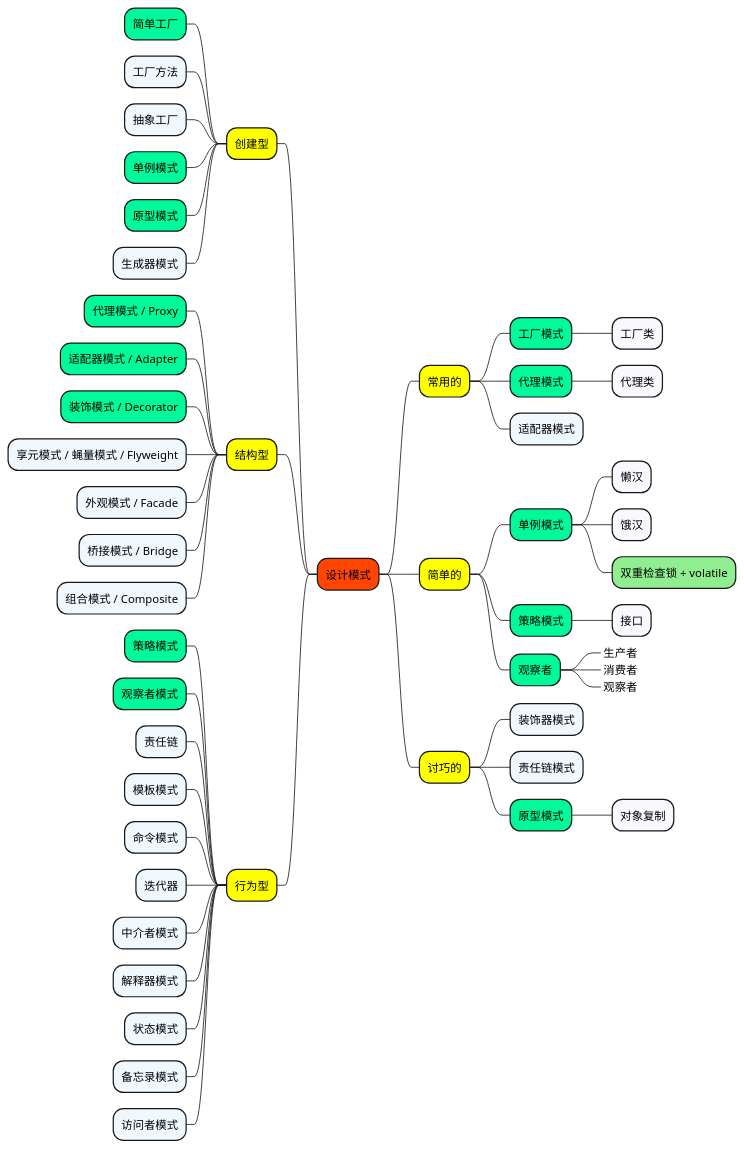
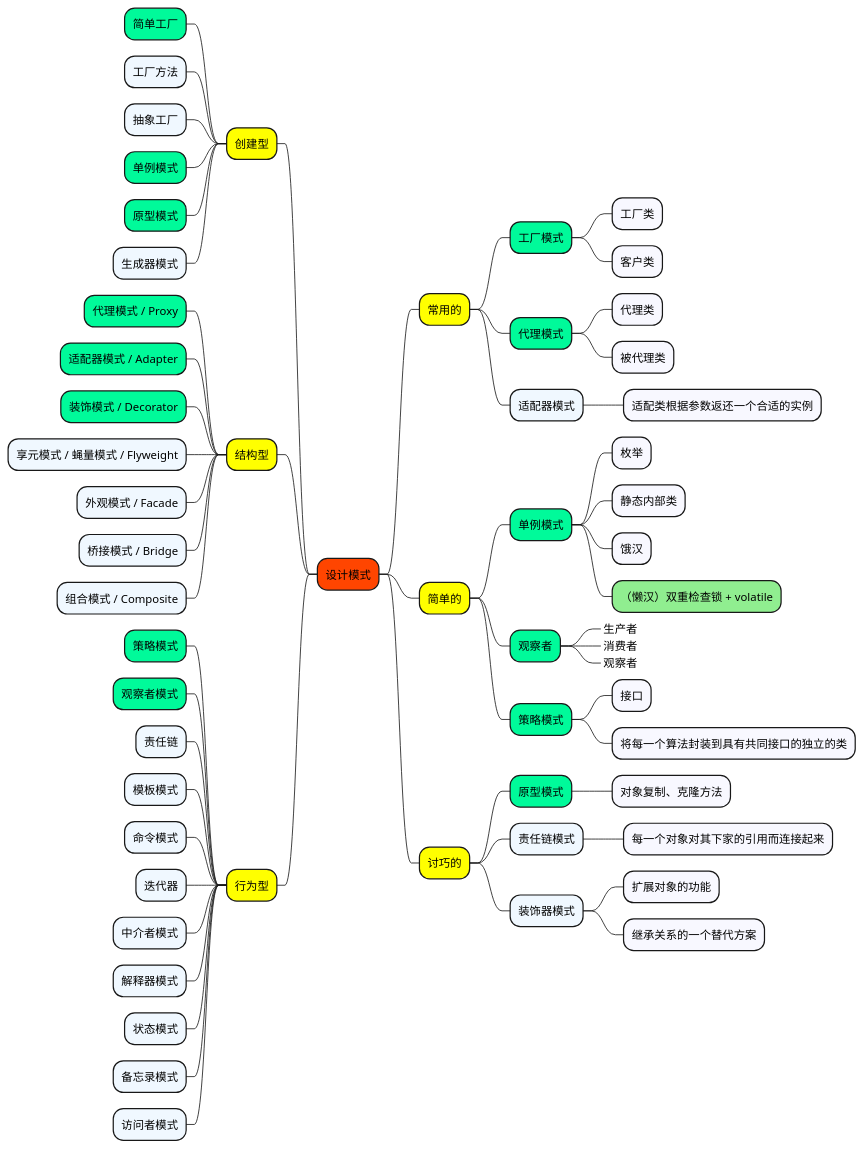
The diagram in 1_map/architecture/DesignPattern_设计模式.puml (doveg/self-cultivation-of-a-software-engineer), drawn with PlantUML before and after one commit. The commit also changed 7 other files, not shown here.

```diff
--- a/1_map/architecture/DesignPattern_设计模式.puml
+++ b/1_map/architecture/DesignPattern_设计模式.puml
@@ -1,75 +1,84 @@
 @startmindmap
 
 +[#OrangeRed] 设计模式
 
 ++[#yellow] 常用的
 
 +++[#MediumSpringGreen] 工厂模式
 ++++[#GhostWhite] 工厂类
+++++[#GhostWhite] 客户类
 
 +++[#MediumSpringGreen] 代理模式
 ++++[#GhostWhite] 代理类
+++++[#GhostWhite] 被代理类
+
 +++[#AliceBlue] 适配器模式
-
+++++[#GhostWhite] 适配类根据参数返还一个合适的实例
 
 ++[#yellow] 简单的
 
 +++[#MediumSpringGreen] 单例模式
-++++[#GhostWhite] 懒汉
+++++[#GhostWhite] 枚举
+++++[#GhostWhite] 静态内部类
 ++++[#GhostWhite] 饿汉
-++++[#LightGreen] 双重检查锁 + volatile
-
-+++[#MediumSpringGreen] 策略模式
-++++[#GhostWhite] 接口
+++++[#LightGreen] （懒汉）双重检查锁 + volatile
 
 +++[#MediumSpringGreen] 观察者
 ++++[#GhostWhite]_ 生产者
 ++++[#GhostWhite]_ 消费者
 ++++[#GhostWhite]_ 观察者
 
++++[#MediumSpringGreen] 策略模式
+++++[#GhostWhite] 接口
+++++[#GhostWhite] 将每一个算法封装到具有共同接口的独立的类
 
 ++[#yellow] 讨巧的
 
++++[#MediumSpringGreen] 原型模式
+++++[#GhostWhite] 对象复制、克隆方法
+
++++[#AliceBlue] 责任链模式
+++++[#GhostWhite] 每一个对象对其下家的引用而连接起来
+
 +++[#AliceBlue] 装饰器模式
-+++[#AliceBlue] 责任链模式
-+++[#MediumSpringGreen] 原型模式
-++++[#GhostWhite] 对象复制
+++++[#GhostWhite] 扩展对象的功能
+++++[#GhostWhite] 继承关系的一个替代方案
 
 
 --[#yellow] 创建型
 
 ---[#MediumSpringGreen] 简单工厂
 ---[#AliceBlue] 工厂方法
 ---[#AliceBlue] 抽象工厂
 ---[#MediumSpringGreen] 单例模式
 ---[#MediumSpringGreen] 原型模式
 ---[#AliceBlue] 生成器模式
 
 
 --[#yellow] 结构型
 
 ---[#MediumSpringGreen] 代理模式 / Proxy
 ---[#MediumSpringGreen] 适配器模式 / Adapter
 ---[#MediumSpringGreen] 装饰模式 / Decorator
 ---[#AliceBlue] 享元模式 / 蝇量模式 / Flyweight
 ---[#AliceBlue] 外观模式 / Facade
 ---[#AliceBlue] 桥接模式 / Bridge
 ---[#AliceBlue] 组合模式 / Composite
 
 
 --[#yellow] 行为型
 
 ---[#MediumSpringGreen] 策略模式
 ---[#MediumSpringGreen] 观察者模式
 ---[#AliceBlue] 责任链
 ---[#AliceBlue] 模板模式
 ---[#AliceBlue] 命令模式
 ---[#AliceBlue] 迭代器
 ---[#AliceBlue] 中介者模式
 ---[#AliceBlue] 解释器模式
 ---[#AliceBlue] 状态模式
 ---[#AliceBlue] 备忘录模式
 ---[#AliceBlue] 访问者模式
 
 
 @endmindmap
```
